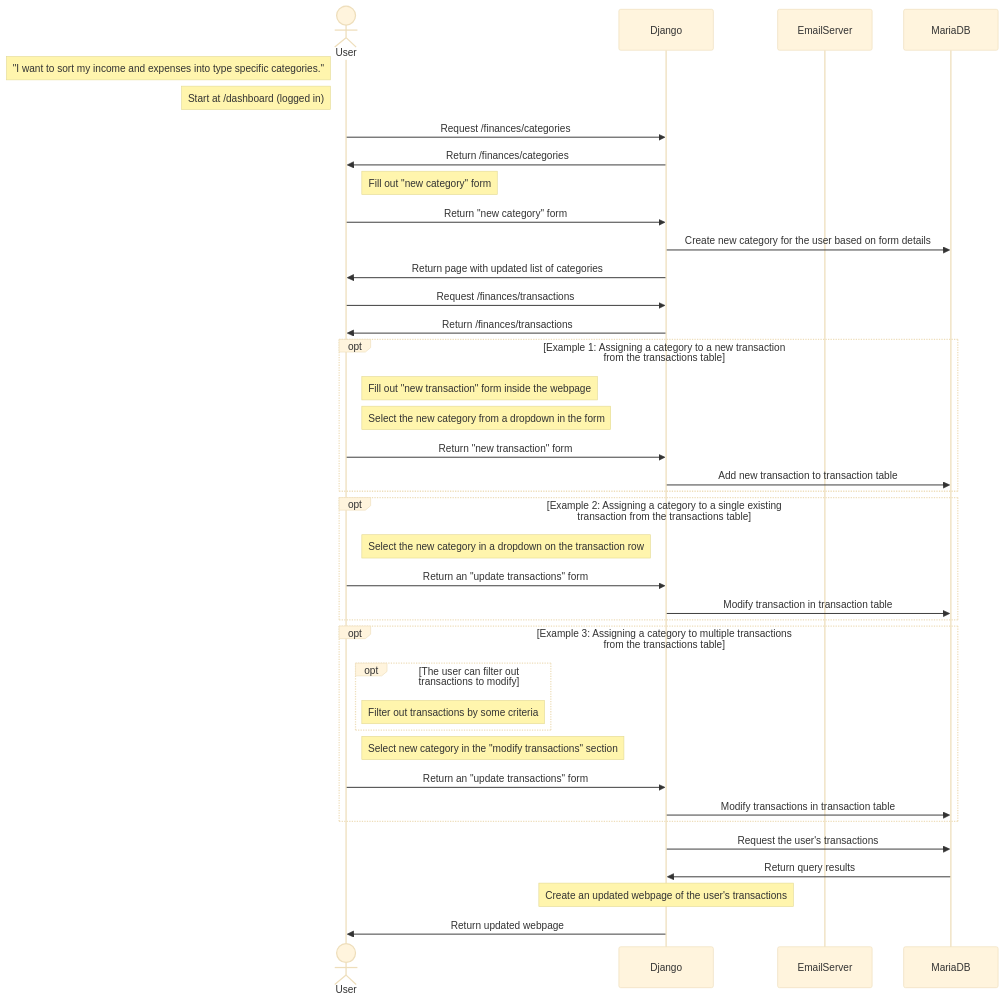
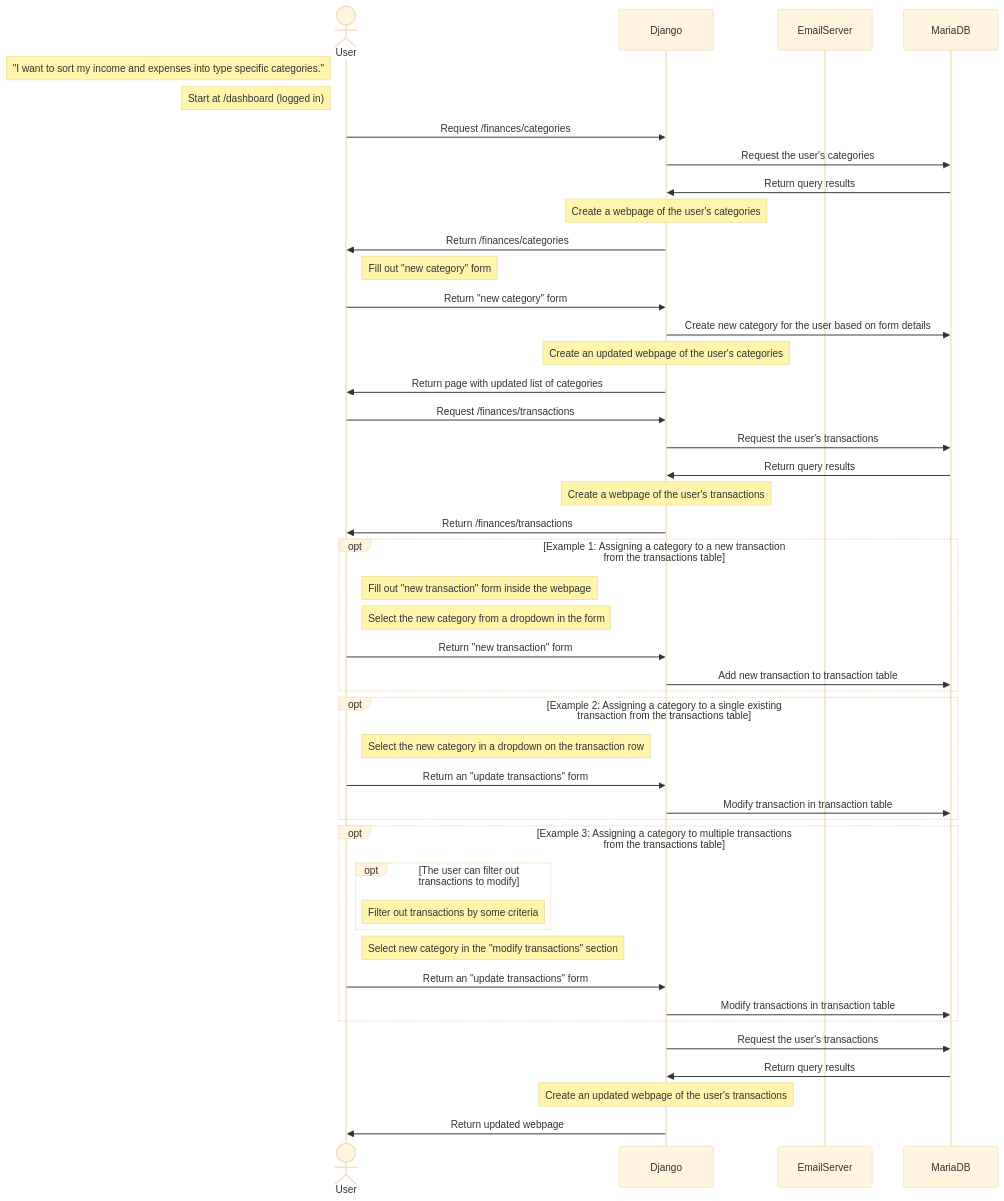
Before and after one commit to familycrest/personal-finance-tracker: the diagram in docs/use_case_sequences/transaction_categories.mermaid, drawn with Mermaid (base theme). The commit also changed 2 other files, not shown here.

Commit message:
add in missing django-database interactions

```diff
--- a/docs/use_case_sequences/transaction_categories.mermaid
+++ b/docs/use_case_sequences/transaction_categories.mermaid
@@ -1,54 +1,67 @@
 sequenceDiagram
     actor User
     participant Django
     participant EmailServer
     participant MariaDB
 
     Note left of User: "I want to sort my income and expenses into type specific categories."
     Note left of User: Start at /dashboard (logged in)
     
     User->>Django: Request /finances/categories
+    Django->>MariaDB: Request the user's categories
+    MariaDB->>Django: Return query results
+
+    Note over Django: Create a webpage of the user's categories
+
     Django->>User: Return /finances/categories
     
     Note right of User: Fill out "new category" form
     
     User->>Django: Return "new category" form
     
     Django->>MariaDB: Create new category for the user based on form details
+
+    Note over Django: Create an updated webpage of the user's categories
+
     Django->>User: Return page with updated list of categories
 
     User->>Django: Request /finances/transactions
+    Django->>MariaDB: Request the user's transactions
+    MariaDB->>Django: Return query results
+
+    Note over Django: Create a webpage of the user's transactions
+
     Django->>User: Return /finances/transactions
     
     opt Example 1: Assigning a category to a new transaction from the transactions table
         Note right of User: Fill out "new transaction" form inside the webpage
         Note right of User: Select the new category from a dropdown in the form
         
         User->>Django: Return "new transaction" form
         Django->>MariaDB: Add new transaction to transaction table
     end
     
     opt Example 2: Assigning a category to a single existing transaction from the transactions table
         Note right of User: Select the new category in a dropdown on the transaction row
         
         User->>Django: Return an "update transactions" form
         Django->>MariaDB: Modify transaction in transaction table
     end
 
     opt Example 3: Assigning a category to multiple transactions from the transactions table
         opt The user can filter out transactions to modify
             Note right of User: Filter out transactions by some criteria
         end
 
         Note right of User: Select new category in the "modify transactions" section
         
         User->>Django: Return an "update transactions" form
         Django->>MariaDB: Modify transactions in transaction table
     end
 
     Django->>MariaDB: Request the user's transactions
     MariaDB->>Django: Return query results
     
     Note over Django: Create an updated webpage of the user's transactions
 
     Django->>User: Return updated webpage
```
